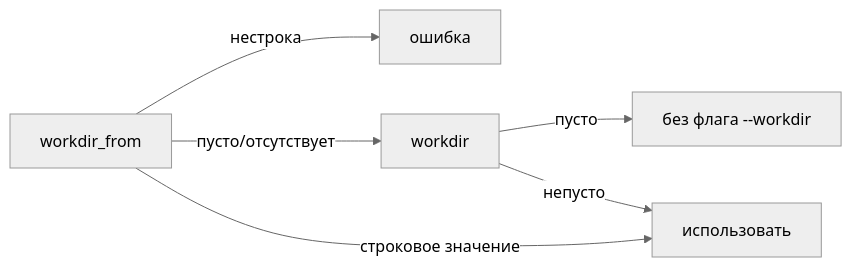
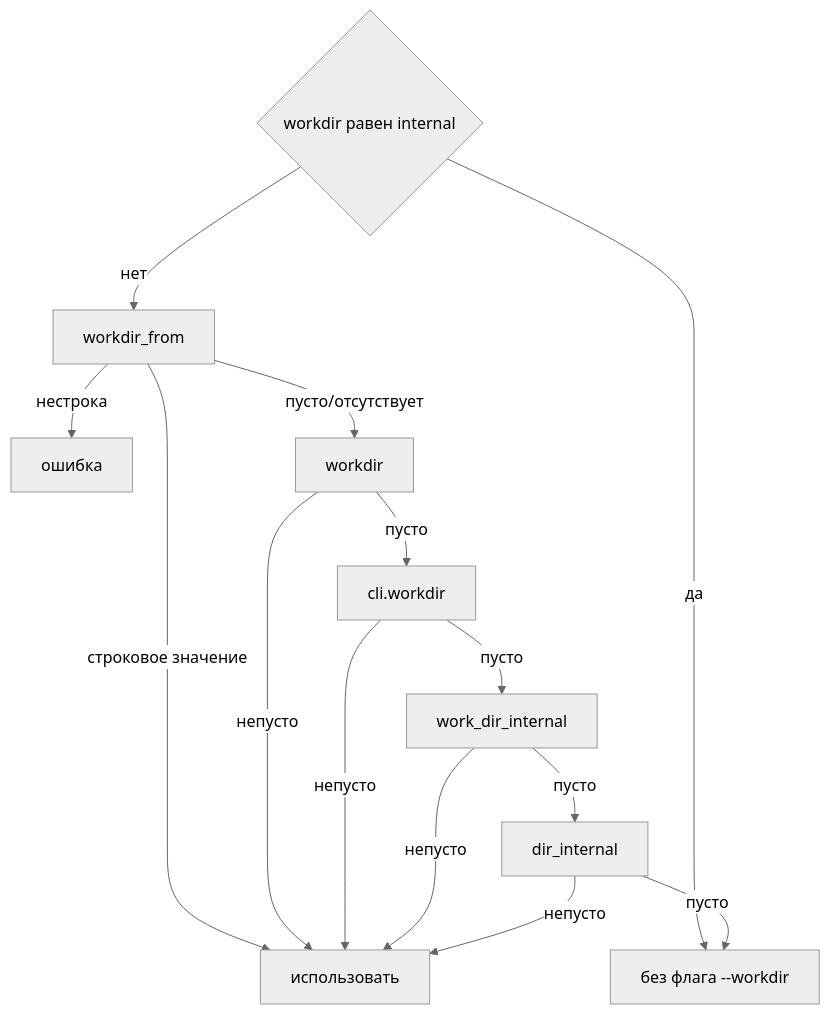
One commit to semsemyonoff/dwe changed the diagram in docs/i18n/ru/reference/config/commands/types.md. Above: the diagram before and after it, drawn with Mermaid (neutral theme). The commit also changed other lines of this file and 10 other files, not shown here.

````diff
--- a/docs/i18n/ru/reference/config/commands/types.md
+++ b/docs/i18n/ru/reference/config/commands/types.md
@@ -714,8 +750,16 @@
 ```mermaid
-flowchart LR
-    F[workdir_from] -- нестрока --> X[ошибка]
+flowchart TD
+    S{workdir равен internal} -- да --> N[без флага --workdir]
+    S -- нет --> F[workdir_from]
+    F -- нестрока --> X[ошибка]
+    F -- строковое значение --> U[использовать]
     F -- пусто/отсутствует --> W[workdir]
-    F -- строковое значение --> U[использовать]
-    W -- пусто --> N[без флага --workdir]
     W -- непусто --> U
+    W -- пусто --> A[cli.workdir]
+    A -- непусто --> U
+    A -- пусто --> B[work_dir_internal]
+    B -- непусто --> U
+    B -- пусто --> C[dir_internal]
+    C -- непусто --> U
+    C -- пусто --> N
 ```
````
